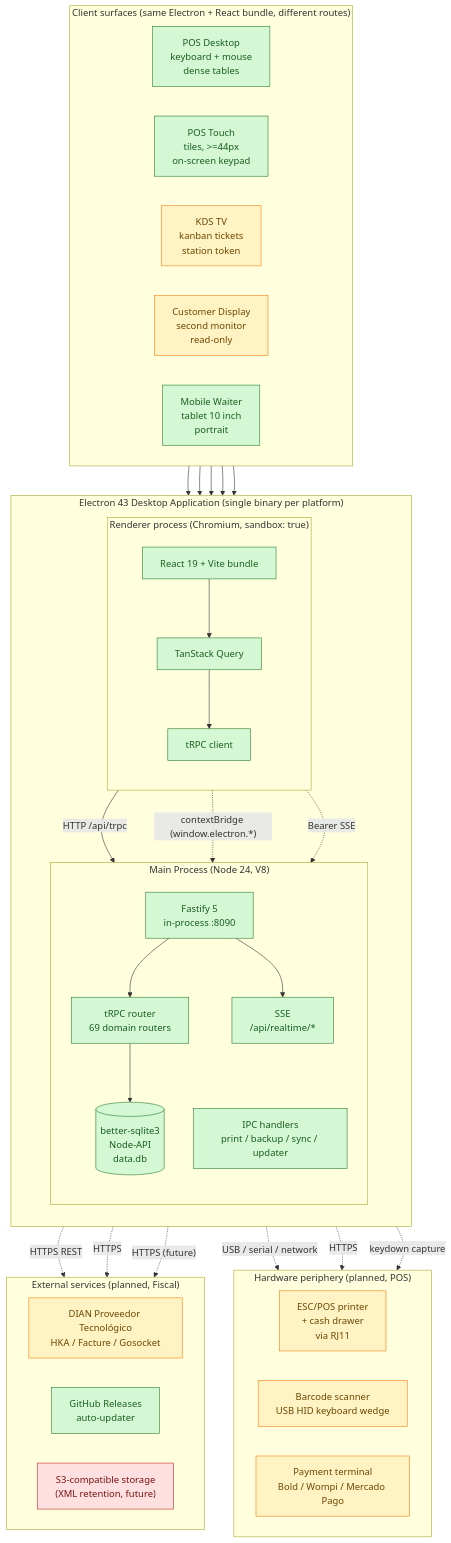
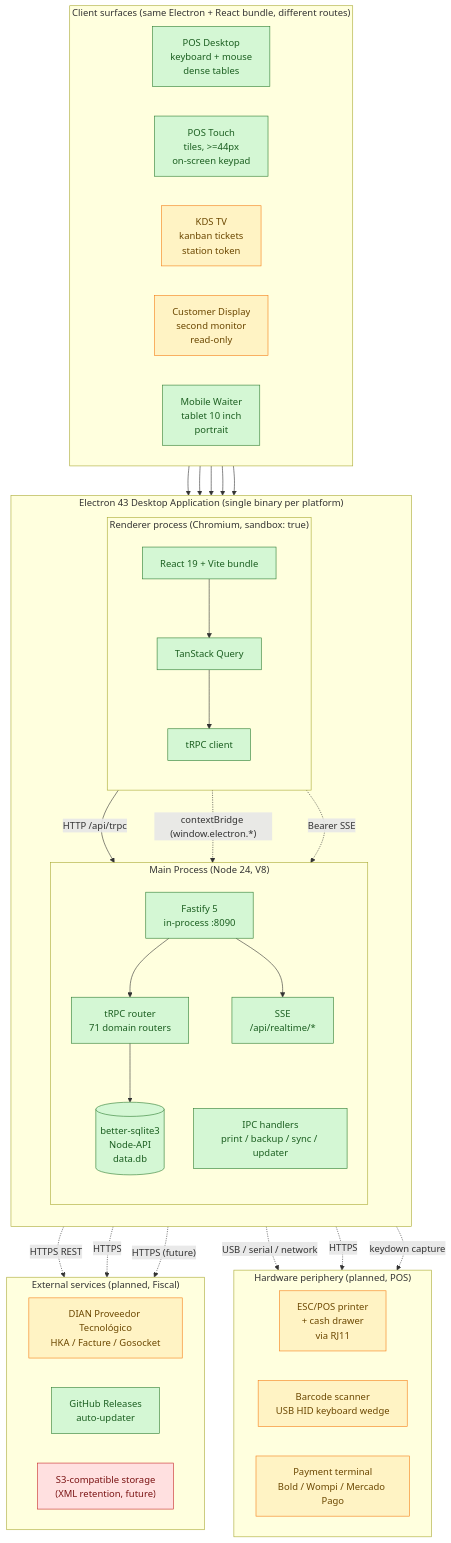
One commit to johnny4young/puntovivo changed the diagram in docs/architecture.mmd. Above: the diagram before and after it, drawn with Mermaid. The commit also changed 157 other files, not shown here.

```diff
--- a/docs/architecture.mmd
+++ b/docs/architecture.mmd
@@ -1,81 +1,81 @@
 %% Puntovivo architecture — high-level process and client surface topology
 %% Render: pnpm dlx @mermaid-js/mermaid-cli -i docs/architecture.mmd -o docs/architecture.svg -b transparent
 %% The -b transparent flag is required: mermaid-cli defaults to a white page
 %% background, which regresses the diagram on dark-mode surfaces. The SVG
 %% root style must keep background-color: transparent after every re-render.
 %% Source of truth for the system diagram embedded in docs/ARCHITECTURE.md and README.md.
 
 flowchart TB
   subgraph Electron["Electron 43 Desktop Application (single binary per platform)"]
     direction TB
 
     subgraph Main["Main Process (Node 24, V8)"]
       direction TB
       F["Fastify 5<br/>in-process :8090"]
-      T["tRPC router<br/>69 domain routers"]
+      T["tRPC router<br/>71 domain routers"]
       DB[("better-sqlite3<br/>Node-API<br/>data.db")]
       IPC["IPC handlers<br/>print / backup / sync / updater"]
       SSE["SSE<br/>/api/realtime/*"]
       F --> T
       F --> SSE
       T --> DB
     end
 
     subgraph Renderer["Renderer process (Chromium, sandbox: true)"]
       direction TB
       R["React 19 + Vite bundle"]
       Q["TanStack Query"]
       C["tRPC client"]
       R --> Q --> C
     end
 
     C -- "HTTP /api/trpc" --> F
     R -. "contextBridge (window.electron.*)" .-> IPC
     R -. "Bearer SSE" .-> SSE
   end
 
   subgraph Surfaces["Client surfaces (same Electron + React bundle, different routes)"]
     direction LR
     POSD["POS Desktop<br/>keyboard + mouse<br/>dense tables"]
     POST["POS Touch<br/>tiles, >=44px<br/>on-screen keypad"]
     KDS["KDS TV<br/>kanban tickets<br/>station token"]
     CUST["Customer Display<br/>second monitor<br/>read-only"]
     MOB["Mobile Waiter<br/>tablet 10 inch<br/>portrait"]
   end
 
   POSD --> Renderer
   POST --> Renderer
   KDS --> Renderer
   CUST --> Renderer
   MOB --> Renderer
 
   subgraph Peripherals["Hardware periphery (planned, POS)"]
     direction LR
     ESCP["ESC/POS printer<br/>+ cash drawer<br/>via RJ11"]
     SCAN["Barcode scanner<br/>USB HID keyboard wedge"]
     DAT["Payment terminal<br/>Bold / Wompi / Mercado Pago"]
   end
 
   IPC -. "USB / serial / network" .-> ESCP
   Renderer -. "keydown capture" .-> SCAN
   T -. "HTTPS" .-> DAT
 
   subgraph External["External services (planned, Fiscal)"]
     direction LR
     PT["DIAN Proveedor Tecnológico<br/>HKA / Facture / Gosocket"]
     UPD["GitHub Releases<br/>auto-updater"]
     S3["S3-compatible storage<br/>(XML retention, future)"]
   end
 
   T -. "HTTPS REST" .-> PT
   IPC -. "HTTPS" .-> UPD
   IPC -. "HTTPS (future)" .-> S3
 
   classDef shipped fill:#d4f7d4,stroke:#2e7d32,color:#1b5e20
   classDef planned fill:#fff3c4,stroke:#f57f17,color:#6b4700
   classDef future fill:#ffe0e0,stroke:#c62828,color:#7a1313
 
   class F,T,DB,IPC,SSE,R,Q,C,POSD,UPD shipped
   class POST,MOB shipped
   class KDS,CUST,ESCP,SCAN,DAT,PT planned
   class S3 future
```
